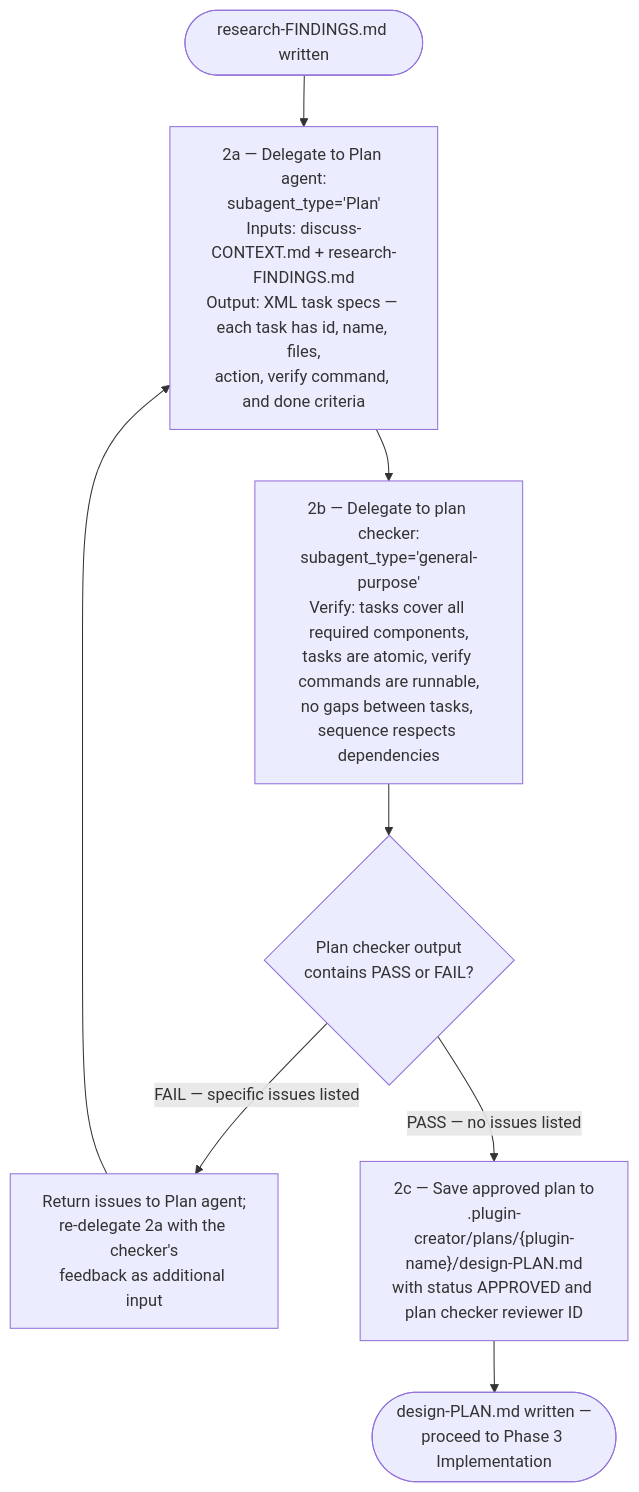
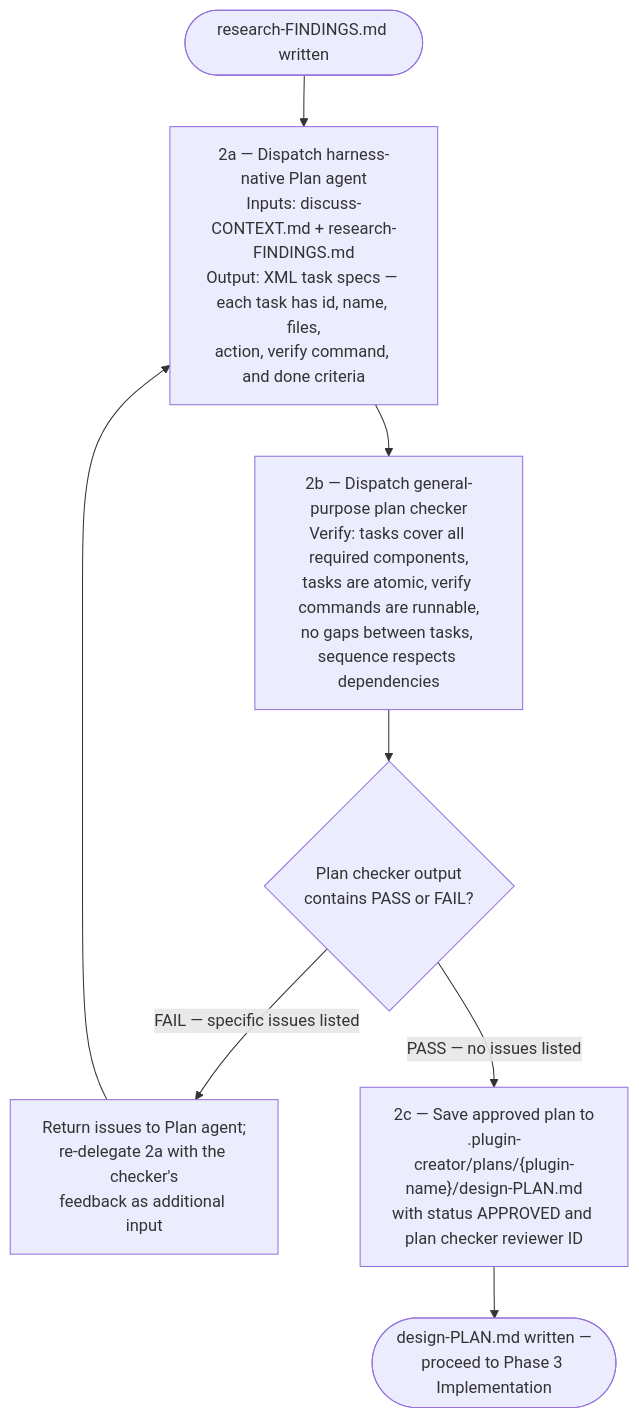
One commit to Jamie-BitFlight/claude_skills changed the fifth of 12 diagrams in plugins/plugin-creator/skills/plugin-creator/references/workflow-diagram.md. Above: the diagram before and after it, drawn with Mermaid. The commit also changed other lines of this file and 84 other files, not shown here.

````diff
--- a/plugins/plugin-creator/skills/plugin-creator/references/workflow-diagram.md
+++ b/plugins/plugin-creator/skills/plugin-creator/references/workflow-diagram.md
@@ -99,14 +99,14 @@
 ```mermaid
 flowchart TD
-    Start(["research-FINDINGS.md written"]) --> Plan["2a — Delegate to Plan agent:<br>subagent_type='Plan'<br>Inputs: discuss-CONTEXT.md + research-FINDINGS.md<br>Output: XML task specs — each task has id, name, files,<br>action, verify command, and done criteria"]
+    Start(["research-FINDINGS.md written"]) --> Plan["2a — Dispatch harness-native Plan agent<br>Inputs: discuss-CONTEXT.md + research-FINDINGS.md<br>Output: XML task specs — each task has id, name, files,<br>action, verify command, and done criteria"]
 
-    Plan --> Check["2b — Delegate to plan checker:<br>subagent_type='general-purpose'<br>Verify: tasks cover all required components,<br>tasks are atomic, verify commands are runnable,<br>no gaps between tasks, sequence respects dependencies"]
+    Plan --> Check["2b — Dispatch general-purpose plan checker<br>Verify: tasks cover all required components,<br>tasks are atomic, verify commands are runnable,<br>no gaps between tasks, sequence respects dependencies"]
 
     Check --> Q{"Plan checker output<br>contains PASS or FAIL?"}
 
     Q -->|"FAIL — specific issues listed"| Fix["Return issues to Plan agent;<br>re-delegate 2a with the checker's<br>feedback as additional input"]
     Fix --> Plan
 
     Q -->|"PASS — no issues listed"| Save["2c — Save approved plan to<br>.plugin-creator/plans/{plugin-name}/design-PLAN.md<br>with status APPROVED and plan checker reviewer ID"]
     Save --> Done(["design-PLAN.md written —<br>proceed to Phase 3 Implementation"])
 ```
````
